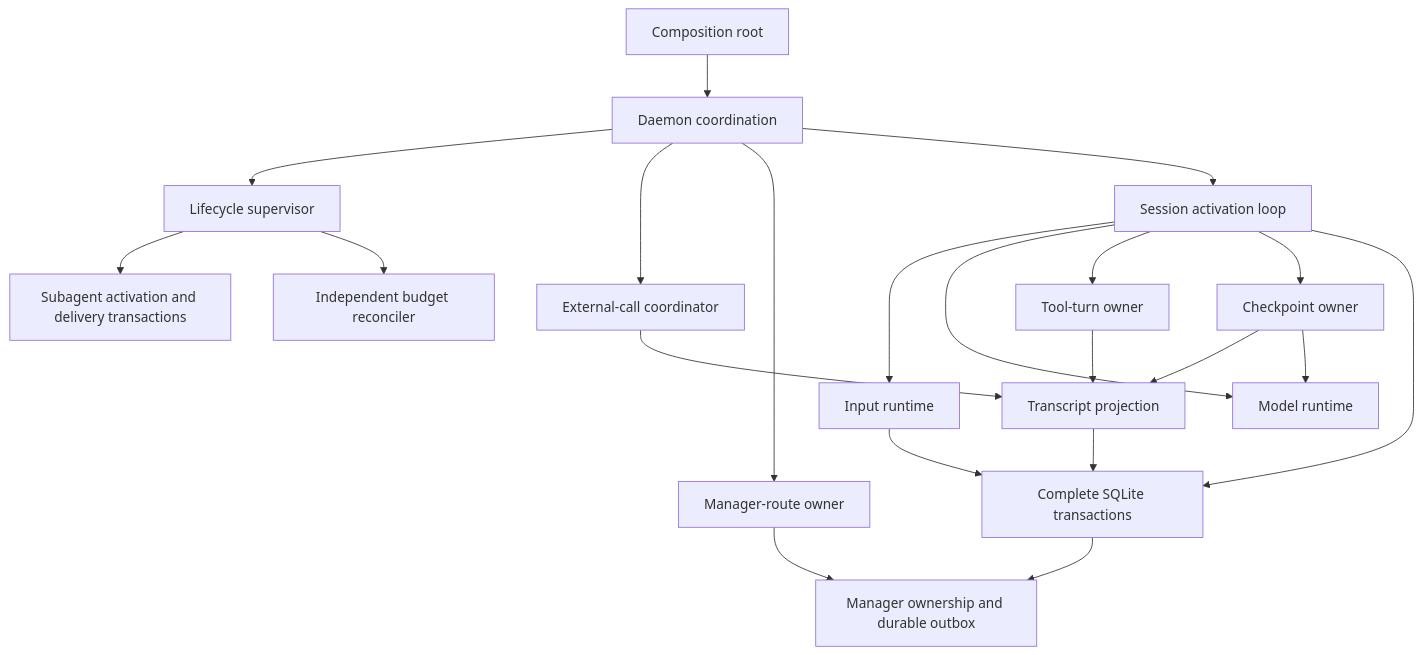
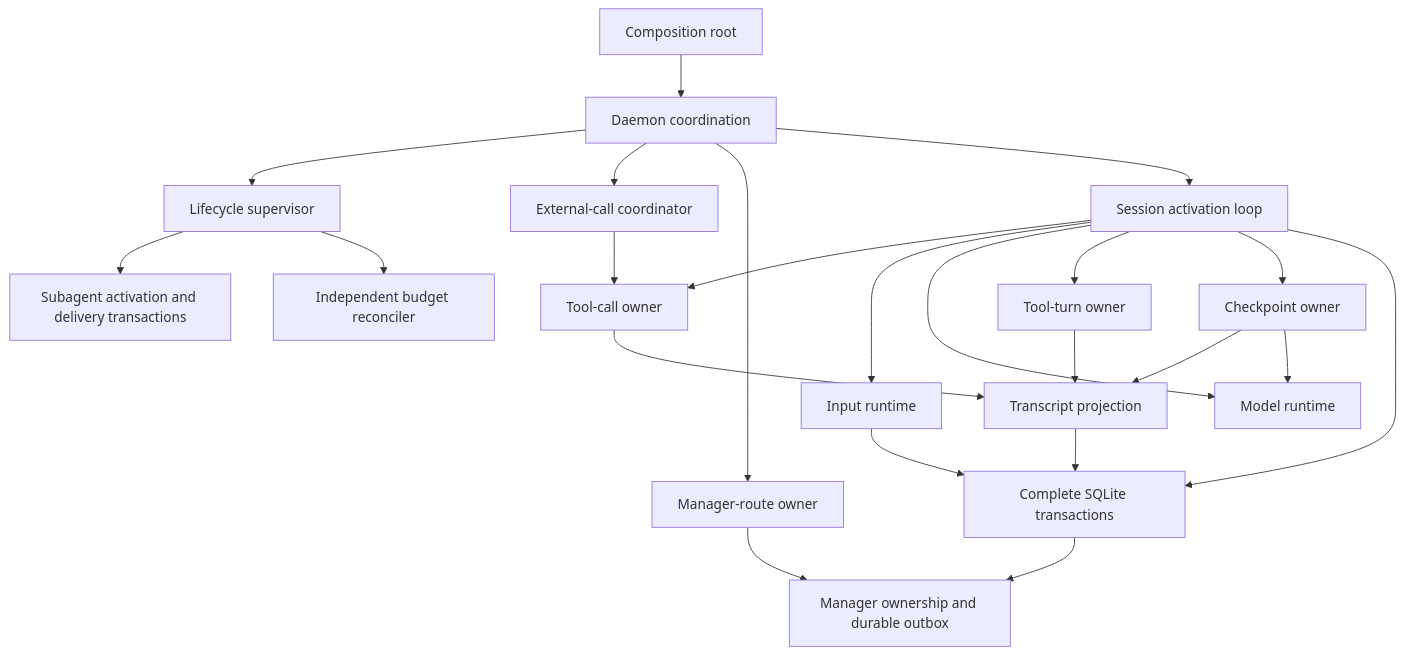
The diagram in docs/refactoring-audit.md (pilat/coagent), drawn with Mermaid before and after one commit. The commit also changed other lines of this file and 56 other files, not shown here.

````diff
--- a/docs/refactoring-audit.md
+++ b/docs/refactoring-audit.md
@@ -64,23 +67,25 @@
 ```mermaid
 flowchart TD
     Root[Composition root] --> Daemon[Daemon coordination]
     Daemon --> Lifecycle[Lifecycle supervisor]
     Daemon --> Calls[External-call coordinator]
+    Calls --> CallIdentity[Tool-call owner]
     Daemon --> Routes[Manager-route owner]
     Daemon --> Session[Session activation loop]
+    Session --> CallIdentity
     Session --> Inputs[Input runtime]
     Session --> Model[Model runtime]
     Session --> Turns[Tool-turn owner]
     Session --> Checkpoint[Checkpoint owner]
     Turns --> Transcript[Transcript projection]
     Checkpoint --> Transcript
     Checkpoint --> Model
-    Calls --> Transcript
+    CallIdentity --> Transcript
     Inputs --> Transactions[Complete SQLite transactions]
     Transcript --> Transactions
     Session --> Transactions
     Lifecycle --> Child[Subagent activation and delivery transactions]
     Lifecycle --> Budget[Independent budget reconciler]
     Routes --> Outbox[Manager ownership and durable outbox]
     Transactions --> Outbox
 ```
````
